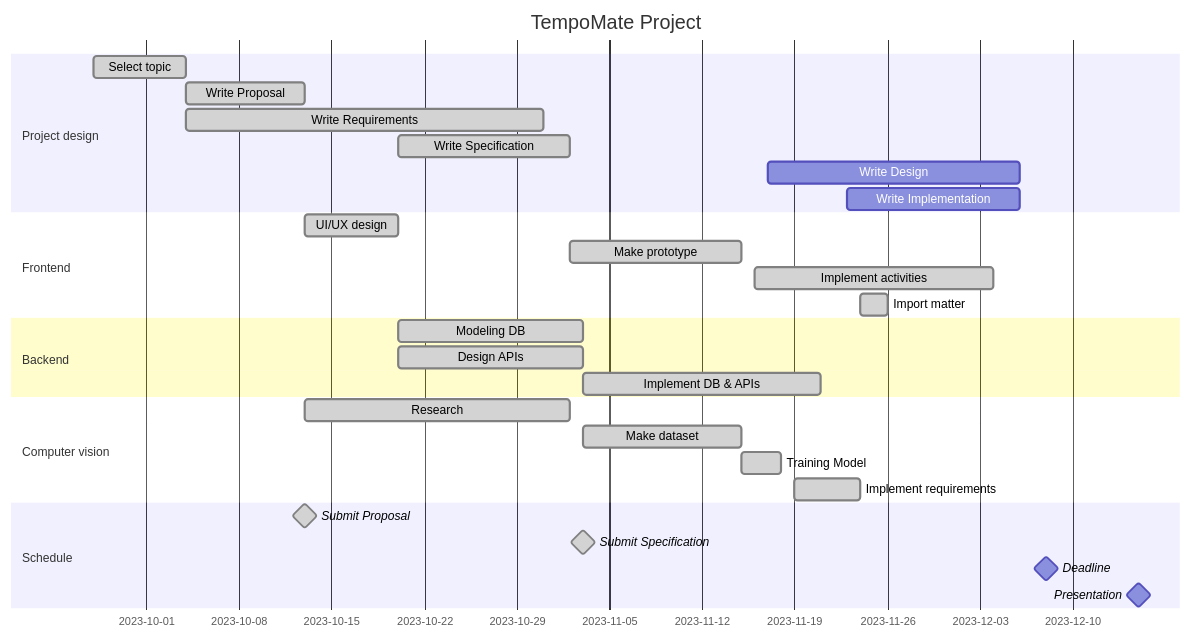
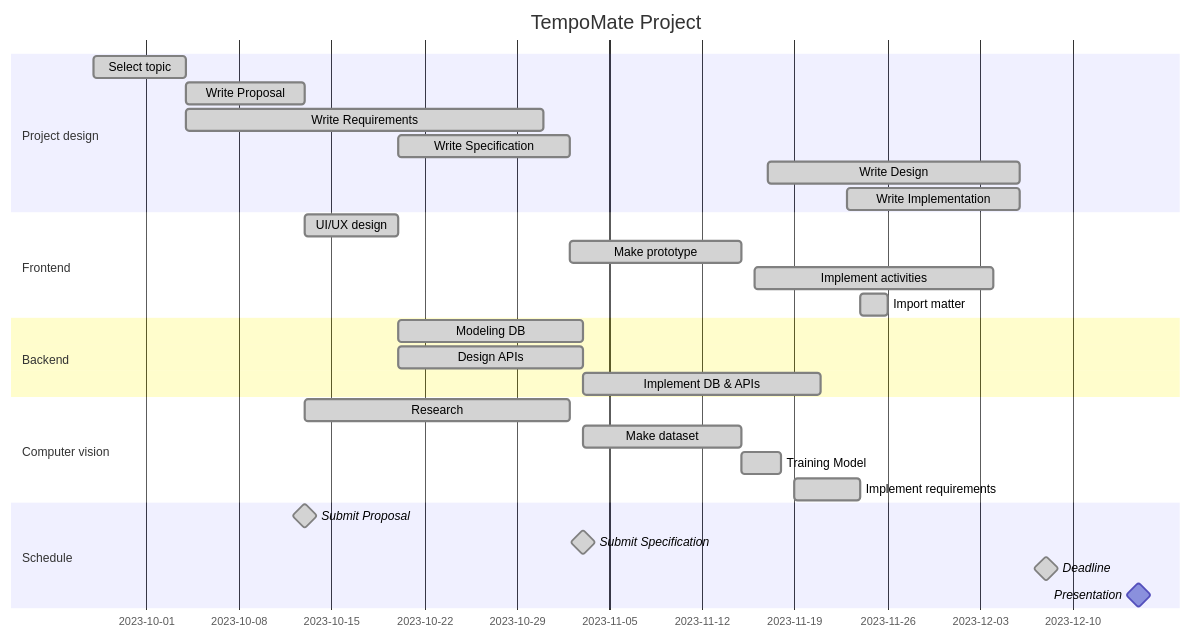
The diagram in profile/README.md (se-tmp/.github), drawn with Mermaid before and after one commit. The commit also changed other lines of this file, not shown here.

````diff
--- a/profile/README.md
+++ b/profile/README.md
@@ -6,36 +8,36 @@
 ```mermaid
 gantt
     title TempoMate Project
     dateFormat  YYYY-MM-DD
 
     section Project design
         Select topic            :done,                2023-09-27, 2023-10-04
         Write Proposal          :done,                2023-10-04, 2023-10-13
         Write Requirements      :done,                2023-10-04, 2023-10-31
         Write Specification     :done,                2023-10-20, 2023-11-02
-        Write Design            :                     2023-11-17, 2023-12-06
-        Write Implementation    :                     2023-11-23, 2023-12-06
+        Write Design            :done,                2023-11-17, 2023-12-06
+        Write Implementation    :done,                2023-11-23, 2023-12-06
 
     section Frontend
         UI/UX design            :done,                2023-10-13, 2023-10-20
         Make prototype          :done,                2023-11-02, 2023-11-15
         Implement activities    :done,                2023-11-16, 2023-12-04
         Import matter           :done,                2023-11-24, 2023-11-26
         
     section Backend
         Modeling DB             :done,                2023-10-20, 2023-11-03    
         Design APIs             :done,                2023-10-20, 2023-11-03
         Implement DB & APIs     :done,                2023-11-03, 2023-11-21
 
     section Computer vision
         Research                :done,                2023-10-13, 2023-11-02
         Make dataset            :done,                2023-11-03, 2023-11-15
         Training Model          :done,                2023-11-15, 2023-11-18
         Implement requirements  :done,                2023-11-19, 2023-11-24
 
     section Schedule
         Submit Proposal         :milestone, done,     2023-10-13, 2023-10-13
         Submit Specification    :milestone, done,     2023-11-03, 2023-11-03
-        Deadline                :milestone,           2023-12-08, 2023-12-08
+        Deadline                :milestone, done,     2023-12-08, 2023-12-08
         Presentation            :milestone,           2023-12-15, 2023-12-15
 ```
````
